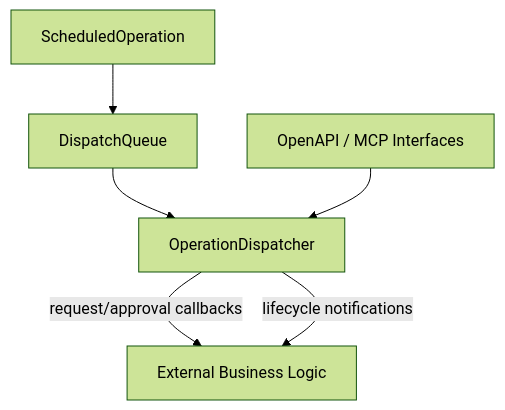
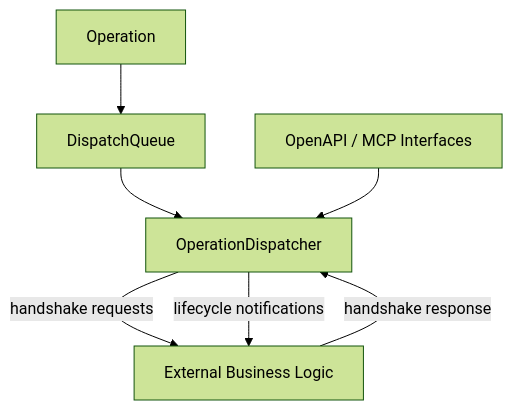
One commit to JaFeKl/OperationDispatcher changed the diagram in README.md. Above: the diagram before and after it, drawn with Mermaid (forest theme). The commit also changed other lines of this file and 15 other files, not shown here.

Commit message:
refactor: Rename ScheduledOperation to Operation across the codebase

````diff
--- a/README.md
+++ b/README.md
@@ -28,21 +28,22 @@
 ```mermaid
 flowchart TD
 
-    SO[ScheduledOperation]
+    SO[Operation]
 
     Q[DispatchQueue]
 
     D[OperationDispatcher]
 
     EXT[External Business Logic]
 
     API[OpenAPI / MCP Interfaces]
 
     SO --> Q
     Q --> D
 
-    D -->|request/approval callbacks| EXT
+    D -->|handshake requests| EXT
+    EXT -->|handshake response| D
     D -->|lifecycle notifications| EXT
 
     API --> D
 ```
````
